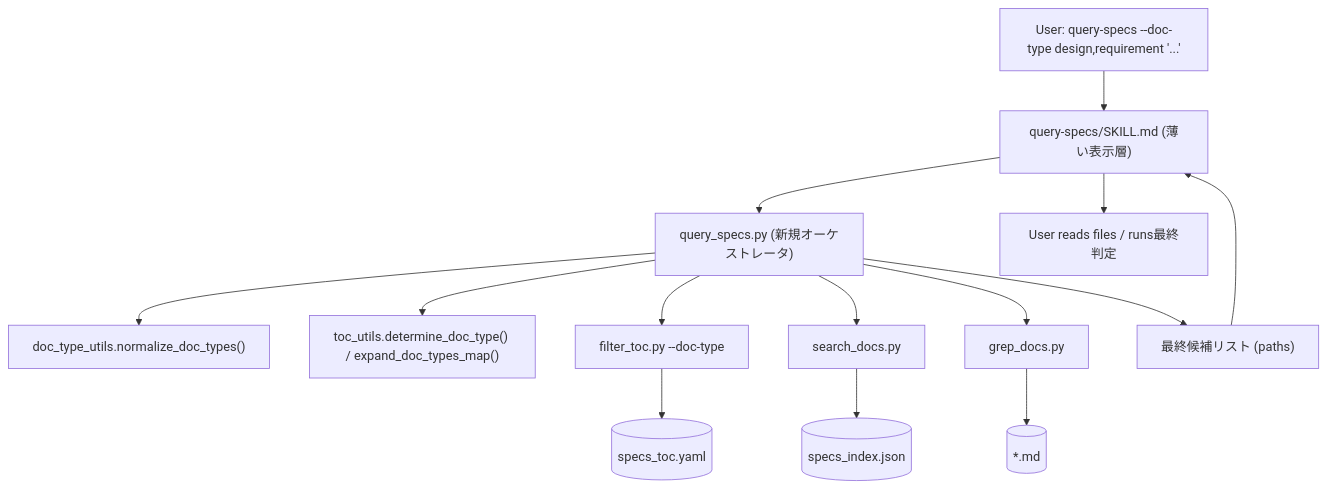
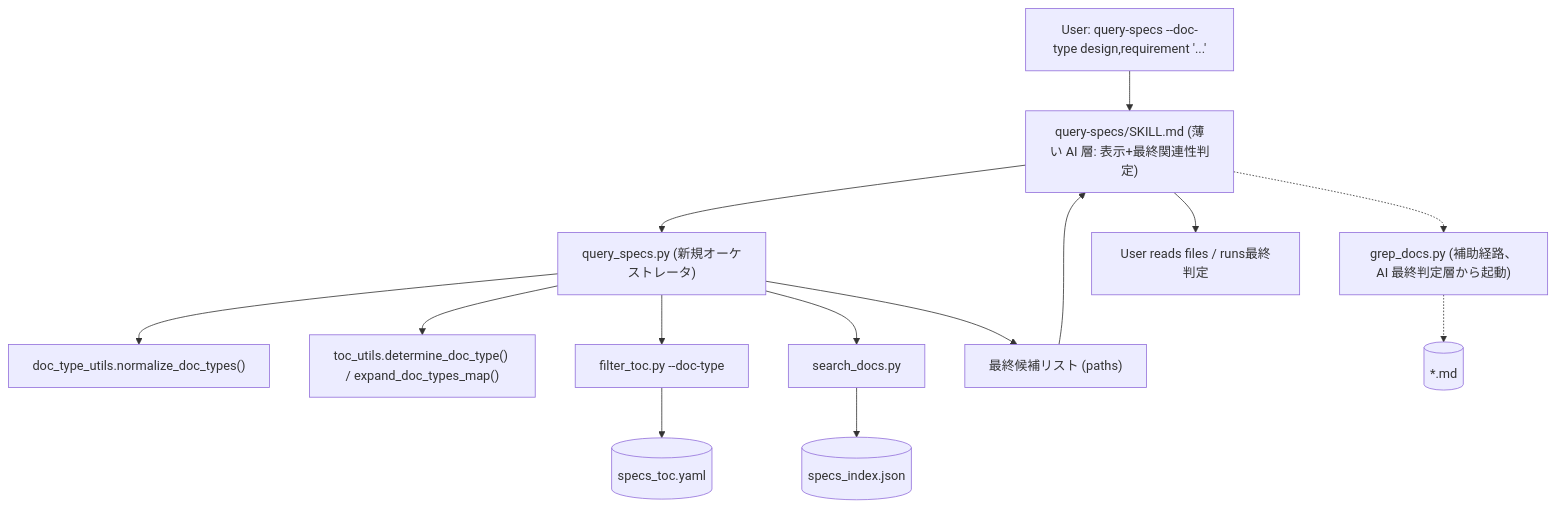
One commit to BlueEventHorizon/bw-cc-plugins changed the first of 6 diagrams in docs/specs/doc-advisor/design/DES-026_doc_type_filter_design.md. Above: the diagram before and after it, drawn with Mermaid. The commit also changed other lines of this file and 3 other files, not shown here.

````diff
--- a/docs/specs/doc-advisor/design/DES-026_doc_type_filter_design.md
+++ b/docs/specs/doc-advisor/design/DES-026_doc_type_filter_design.md
@@ -33,20 +34,20 @@
 ```mermaid
 flowchart TB
-    User["User: query-specs --doc-type design,requirement '...'"] --> Skill["query-specs/SKILL.md (薄い表示層)"]
+    User["User: query-specs --doc-type design,requirement '...'"] --> Skill["query-specs/SKILL.md (薄い AI 層: 表示+最終関連性判定)"]
     Skill --> Orch["query_specs.py (新規オーケストレータ)"]
 
     Orch --> Norm["doc_type_utils.normalize_doc_types()"]
     Orch --> Resolve["toc_utils.determine_doc_type() / expand_doc_types_map()"]
 
     Orch --> FilterToc["filter_toc.py --doc-type"]
     Orch --> SearchDocs["search_docs.py"]
-    Orch --> GrepDocs["grep_docs.py"]
 
     FilterToc --> TocYaml[(specs_toc.yaml)]
     SearchDocs --> IndexJson[(specs_index.json)]
-    GrepDocs --> RawDocs[(*.md)]
 
     Orch --> Result["最終候補リスト (paths)"]
     Result --> Skill
+    Skill -.-> GrepDocs["grep_docs.py (補助経路、AI 最終判定層から起動)"]
+    GrepDocs -.-> RawDocs[(*.md)]
     Skill --> User2["User reads files / runs最終判定"]
 ```
````
